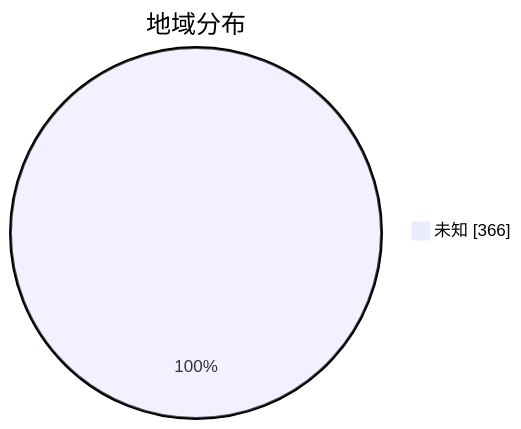
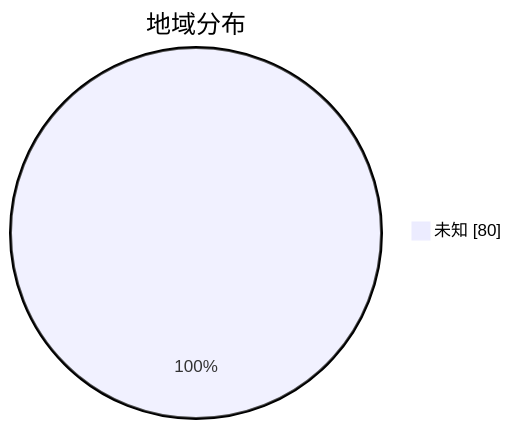
The second of 3 diagrams in subs/statistics/tested_within.md (qjlxg/airport), drawn with Mermaid before and after one commit. The commit also changed other lines of this file and 2 other files, not shown here.

````diff
--- a/subs/statistics/tested_within.md
+++ b/subs/statistics/tested_within.md
@@ -13,5 +10,5 @@
 ```mermaid
 pie showData
 title 地域分布
-"未知" : 366
+"未知" : 80
 ```
````
